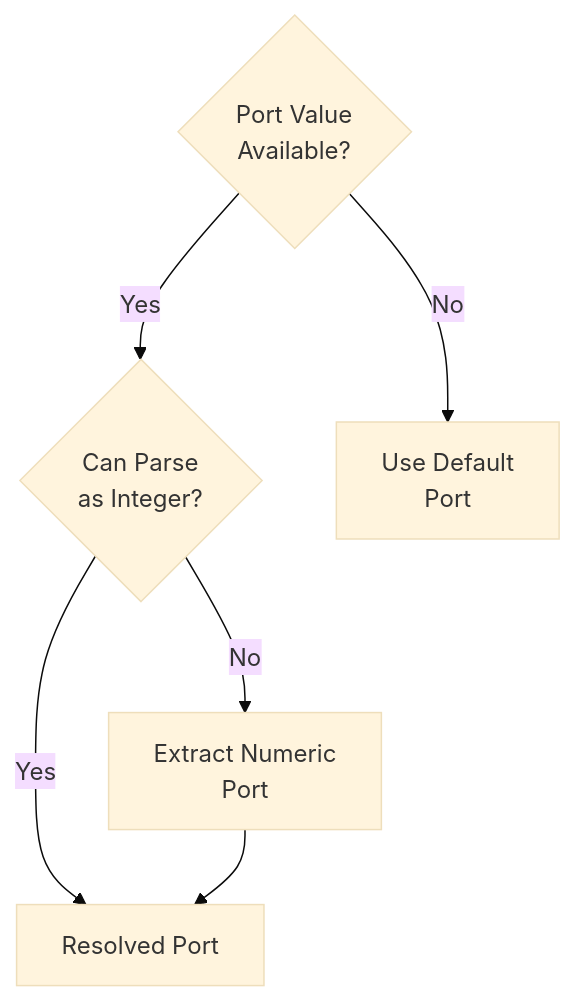
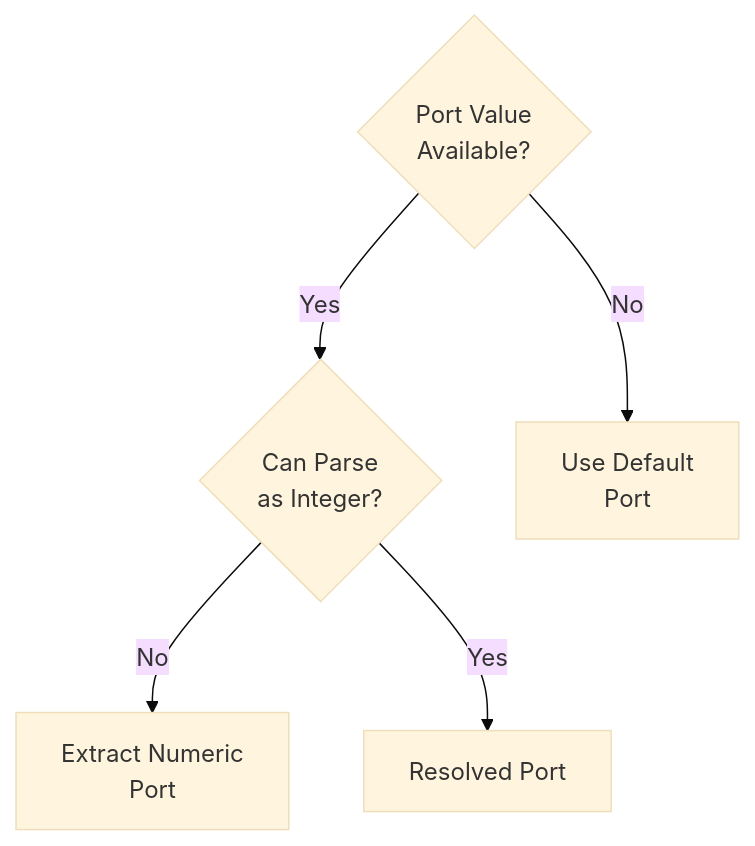
Before and after one commit to metasync/luban-aiops: the fourth of 11 diagrams in .qoder/repowiki/en/content/Tool Gateway Service/Configuration and Environment Setup.md, drawn with Mermaid (base theme). The commit also changed other lines of this file and 64 other files, not shown here.

````diff
--- a/.qoder/repowiki/en/content/Tool Gateway Service/Configuration and Environment Setup.md
+++ b/.qoder/repowiki/en/content/Tool Gateway Service/Configuration and Environment Setup.md
@@ -179,13 +205,12 @@
 ```mermaid
 flowchart TD
 PortValue{"Port Value<br/>Available?"}
 ParseInt{"Can Parse<br/>as Integer?"}
 UseDefault["Use Default<br/>Port"]
 ExtractPort["Extract Numeric<br/>Port"]
 Success["Resolved Port"]
 PortValue --> |No| UseDefault
 PortValue --> |Yes| ParseInt
 ParseInt --> |No| ExtractPort
 ParseInt --> |Yes| Success
-ExtractPort --> Success
 ```
````
